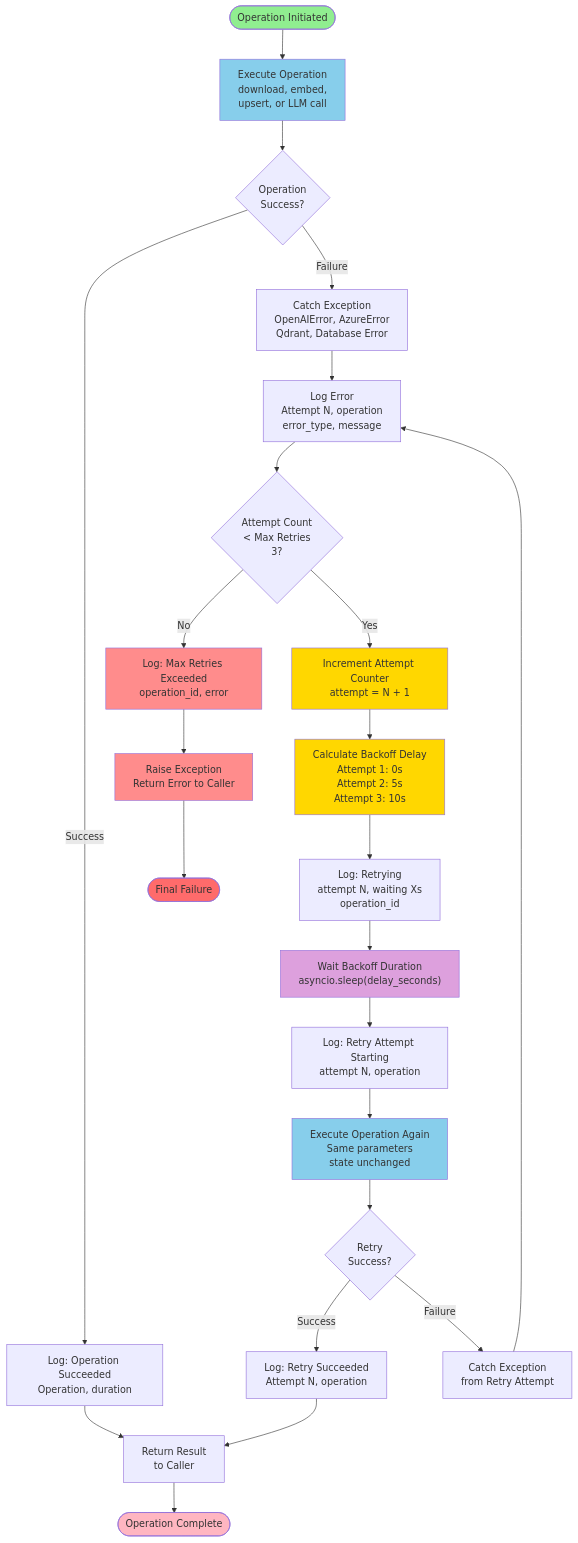
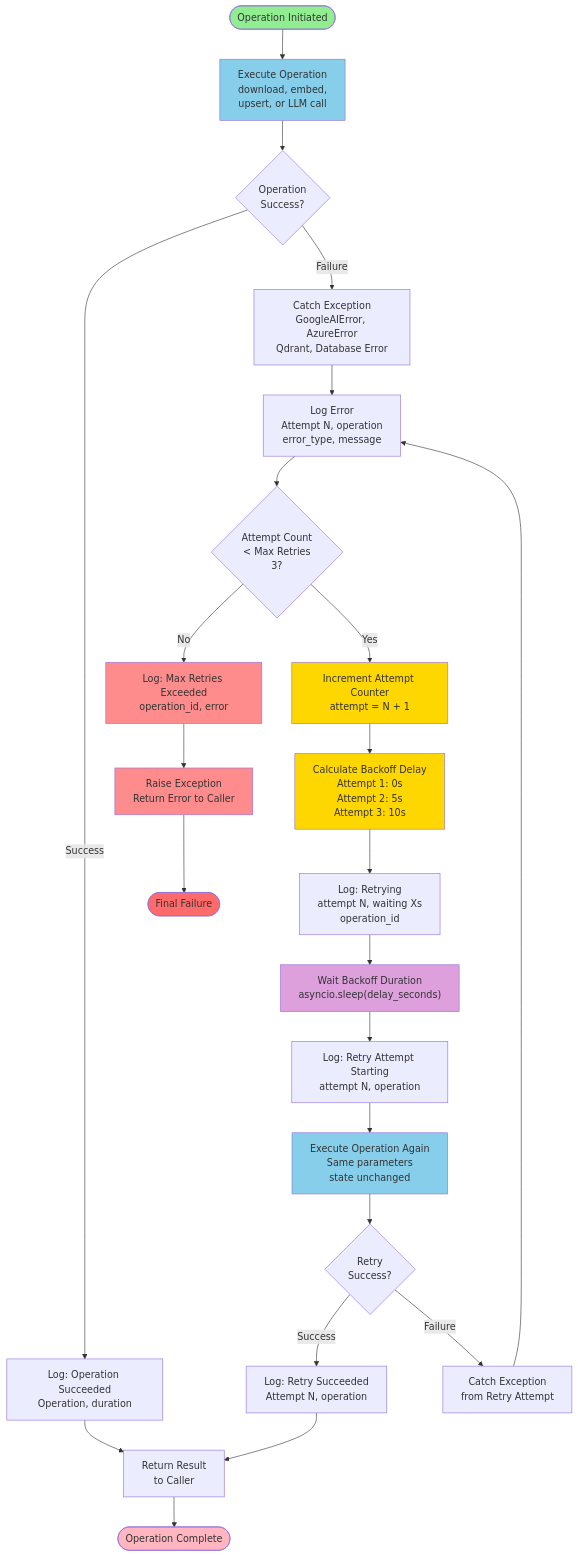
One commit to Smeet23/Lexintel changed the sixth of 6 diagrams in docs/FLOWCHARTS.md. Above: the diagram before and after it, drawn with Mermaid. The commit also changed other lines of this file and 50 other files, not shown here.

First line of the commit message:
docs: update all documentation from OpenAI to Google Gemini

````diff
--- a/docs/FLOWCHARTS.md
+++ b/docs/FLOWCHARTS.md
@@ -612,52 +612,52 @@
 ```mermaid
 graph TD
     Start([Operation Initiated]) --> CallOp["Execute Operation<br/>download, embed,<br/>upsert, or LLM call"]
 
     CallOp --> OpResult{Operation<br/>Success?}
 
     OpResult -->|Success| LogSuccess["Log: Operation Succeeded<br/>Operation, duration"]
     LogSuccess --> ReturnSuccess["Return Result<br/>to Caller"]
     ReturnSuccess --> End([Operation Complete])
 
-    OpResult -->|Failure| CatchError["Catch Exception<br/>OpenAIError, AzureError<br/>Qdrant, Database Error"]
+    OpResult -->|Failure| CatchError["Catch Exception<br/>GoogleAIError, AzureError<br/>Qdrant, Database Error"]
 
     CatchError --> LogError["Log Error<br/>Attempt N, operation<br/>error_type, message"]
 
     LogError --> CheckRetry{Attempt Count<br/>< Max Retries<br/>3?}
 
     CheckRetry -->|No| FinalFail["Log: Max Retries Exceeded<br/>operation_id, error"]
 
     FinalFail --> RaiseError["Raise Exception<br/>Return Error to Caller"]
     RaiseError --> EndFail([Final Failure])
 
     CheckRetry -->|Yes| IncrAttempt["Increment Attempt Counter<br/>attempt = N + 1"]
 
     IncrAttempt --> CalcBackoff["Calculate Backoff Delay<br/>Attempt 1: 0s<br/>Attempt 2: 5s<br/>Attempt 3: 10s"]
 
     CalcBackoff --> LogBackoff["Log: Retrying<br/>attempt N, waiting Xs<br/>operation_id"]
 
     LogBackoff --> WaitDelay["Wait Backoff Duration<br/>asyncio.sleep(delay_seconds)"]
 
     WaitDelay --> LogRetry["Log: Retry Attempt Starting<br/>attempt N, operation"]
 
     LogRetry --> RetryOp["Execute Operation Again<br/>Same parameters<br/>state unchanged"]
 
     RetryOp --> RetryResult{Retry<br/>Success?}
 
     RetryResult -->|Success| LogRetrySuccess["Log: Retry Succeeded<br/>Attempt N, operation"]
     LogRetrySuccess --> ReturnSuccess
 
     RetryResult -->|Failure| CatchRetryError["Catch Exception<br/>from Retry Attempt"]
     CatchRetryError --> LogError
 
     style Start fill:#90EE90
     style End fill:#FFB6C1
     style EndFail fill:#FF6B6B
     style CallOp fill:#87CEEB
     style RetryOp fill:#87CEEB
     style WaitDelay fill:#DDA0DD
     style IncrAttempt fill:#FFD700
     style CalcBackoff fill:#FFD700
     style FinalFail fill:#FF8C8C
     style RaiseError fill:#FF8C8C
 ```
````
